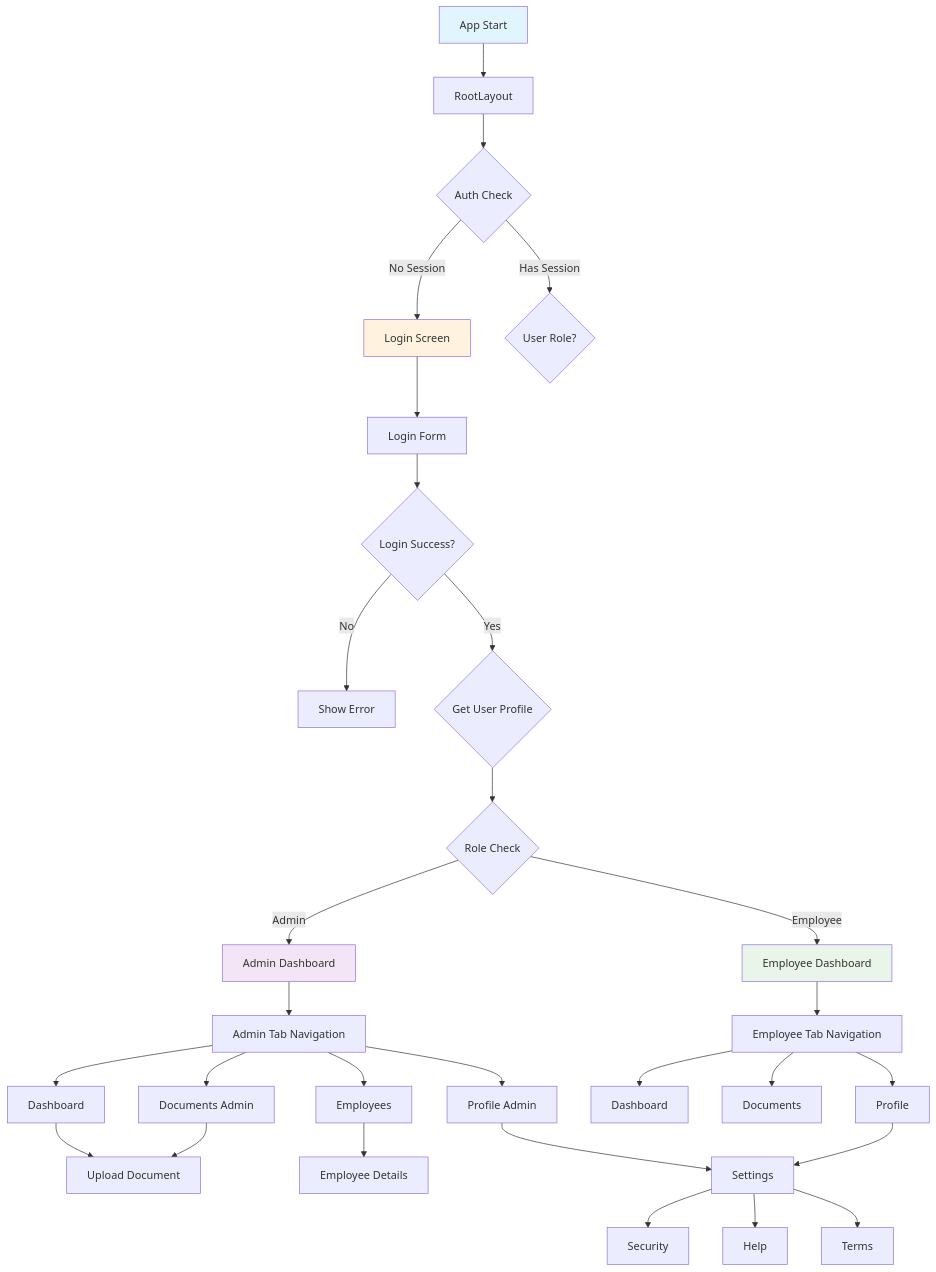
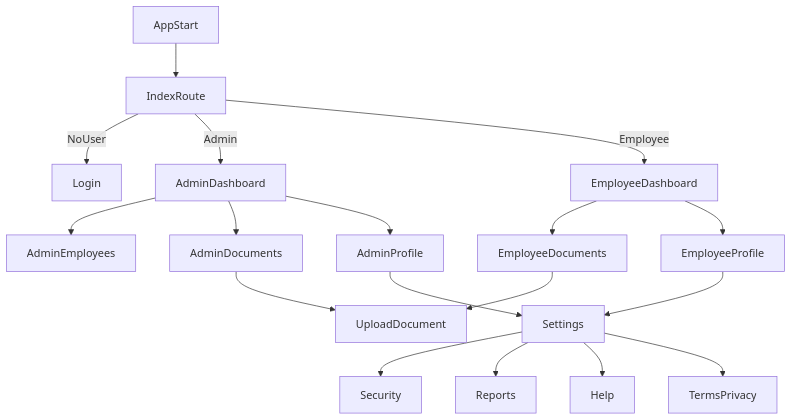
Before and after one commit to arashdeeppixlerlab-sys/Employee-management: the diagram in docs/navigation-flow.md, drawn with Mermaid. The commit also changed other lines of this file and 26 other files, not shown here.

Commit message:
refactor: clean up layout components by removing unused code and implementing PageHeader for consistent navigation; update .gitignore to exclude local docs artifacts and specific log files

````diff
--- a/docs/navigation-flow.md
+++ b/docs/navigation-flow.md
@@ -9,42 +5,23 @@
 ```mermaid
-graph TD
-    A[App Start] --> B[RootLayout]
-    B --> C{Auth Check}
-    C -->|No Session| D[Login Screen]
-    C -->|Has Session| E{User Role?}
-    
-    D --> F[Login Form]
-    F --> G{Login Success?}
-    G -->|No| H[Show Error]
-    G -->|Yes| I{Get User Profile}
-    I --> J{Role Check}
-    
-    J -->|Admin| K[Admin Dashboard]
-    J -->|Employee| L[Employee Dashboard]
-    
-    K --> M[Admin Tab Navigation]
-    L --> N[Employee Tab Navigation]
-    
-    M --> O[Dashboard]
-    M --> P[Documents Admin]
-    M --> Q[Employees]
-    M --> R[Profile Admin]
-    
-    N --> S[Dashboard]
-    N --> T[Documents]
-    N --> U[Profile]
-    
-    O --> V[Upload Document]
-    P --> V
-    Q --> W[Employee Details]
-    R --> X[Settings]
-    U --> X
-    X --> Y[Security]
-    X --> Z[Help]
-    X --> AA[Terms]
-    
-    style A fill:#e1f5fe
-    style K fill:#f3e5f5
-    style L fill:#e8f5e8
-    style D fill:#fff3e0
+flowchart TD
+  launch[AppStart] --> index[IndexRoute]
+  index -->|NoUser| login[Login]
+  index -->|Admin| adminDash[AdminDashboard]
+  index -->|Employee| employeeDash[EmployeeDashboard]
+
+  employeeDash --> employeeDocs[EmployeeDocuments]
+  employeeDash --> employeeProfile[EmployeeProfile]
+  employeeDocs --> uploadDoc[UploadDocument]
+
+  adminDash --> adminEmployees[AdminEmployees]
+  adminDash --> adminDocs[AdminDocuments]
+  adminDash --> adminProfile[AdminProfile]
+  adminDocs --> uploadDoc
+
+  employeeProfile --> settings[Settings]
+  adminProfile --> settings
+  settings --> security[Security]
+  settings --> reports[Reports]
+  settings --> help[Help]
+  settings --> terms[TermsPrivacy]
 ```
````
